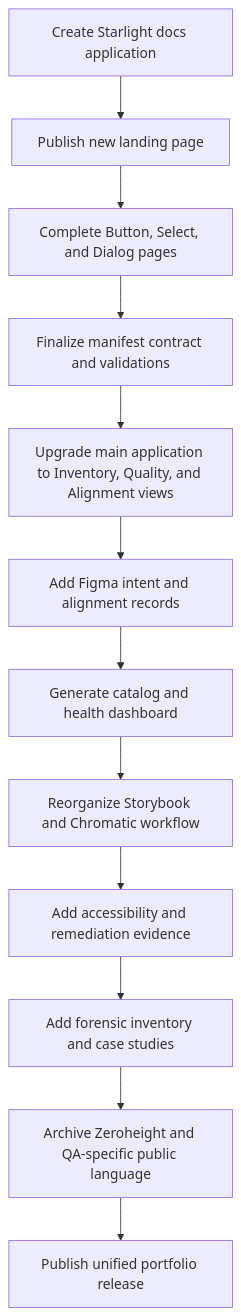
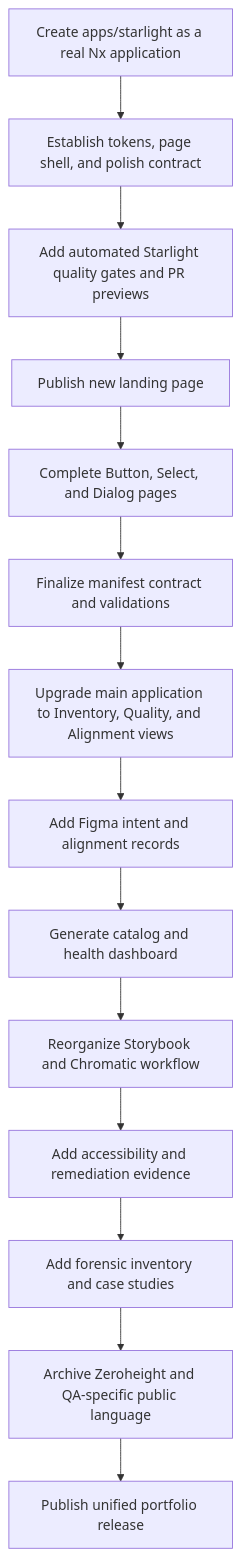
Before and after one commit to JeffreySanford/public-sector-federation: the second of 2 diagrams in docs/documentation-upgrade/README.md, drawn with Mermaid. The commit also changed other lines of this file, not shown here.

Commit message:
docs: add Starlight application and polish gate plan

````diff
--- a/docs/documentation-upgrade/README.md
+++ b/docs/documentation-upgrade/README.md
@@ -70,14 +71,16 @@
 ```mermaid
 flowchart TD
-  A[Create Starlight docs application] --> B[Publish new landing page]
-  B --> C[Complete Button, Select, and Dialog pages]
-  C --> D[Finalize manifest contract and validations]
-  D --> E[Upgrade main application to Inventory, Quality, and Alignment views]
-  E --> F[Add Figma intent and alignment records]
-  F --> G[Generate catalog and health dashboard]
-  G --> H[Reorganize Storybook and Chromatic workflow]
-  H --> I[Add accessibility and remediation evidence]
-  I --> J[Add forensic inventory and case studies]
-  J --> K[Archive Zeroheight and QA-specific public language]
-  K --> L[Publish unified portfolio release]
+  A[Create apps/starlight as a real Nx application] --> B[Establish tokens, page shell, and polish contract]
+  B --> C[Add automated Starlight quality gates and PR previews]
+  C --> D[Publish new landing page]
+  D --> E[Complete Button, Select, and Dialog pages]
+  E --> F[Finalize manifest contract and validations]
+  F --> G[Upgrade main application to Inventory, Quality, and Alignment views]
+  G --> H[Add Figma intent and alignment records]
+  H --> I[Generate catalog and health dashboard]
+  I --> J[Reorganize Storybook and Chromatic workflow]
+  J --> K[Add accessibility and remediation evidence]
+  K --> L[Add forensic inventory and case studies]
+  L --> M[Archive Zeroheight and QA-specific public language]
+  M --> N[Publish unified portfolio release]
 ```
````
